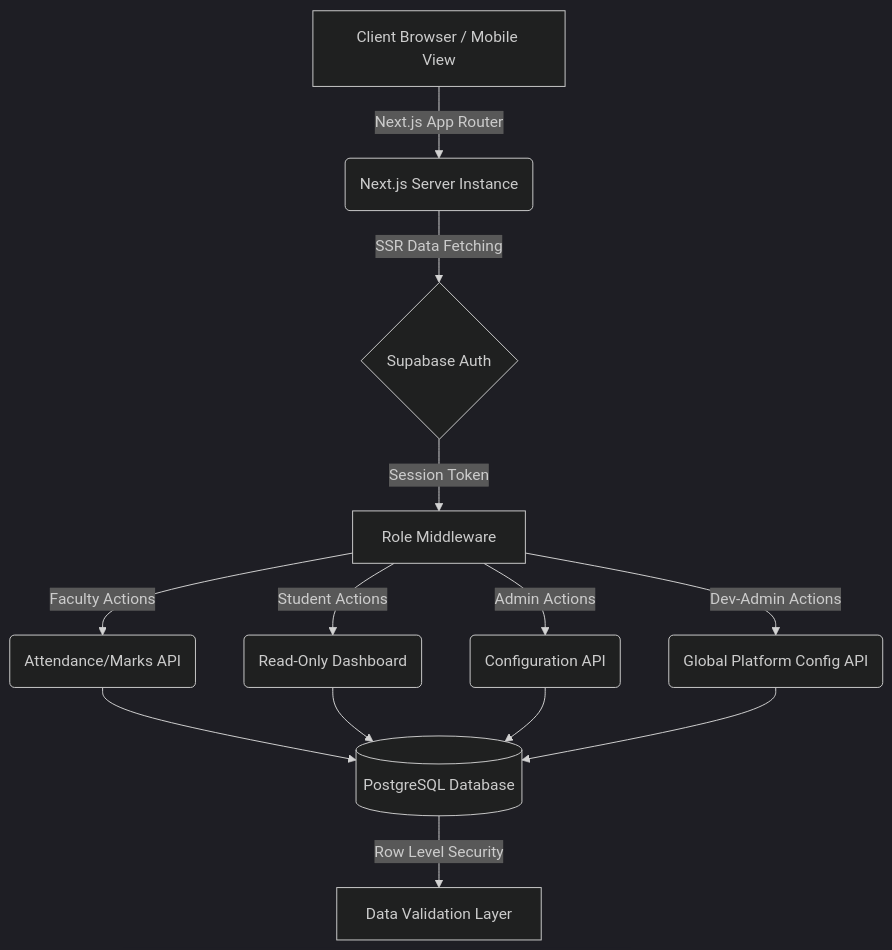
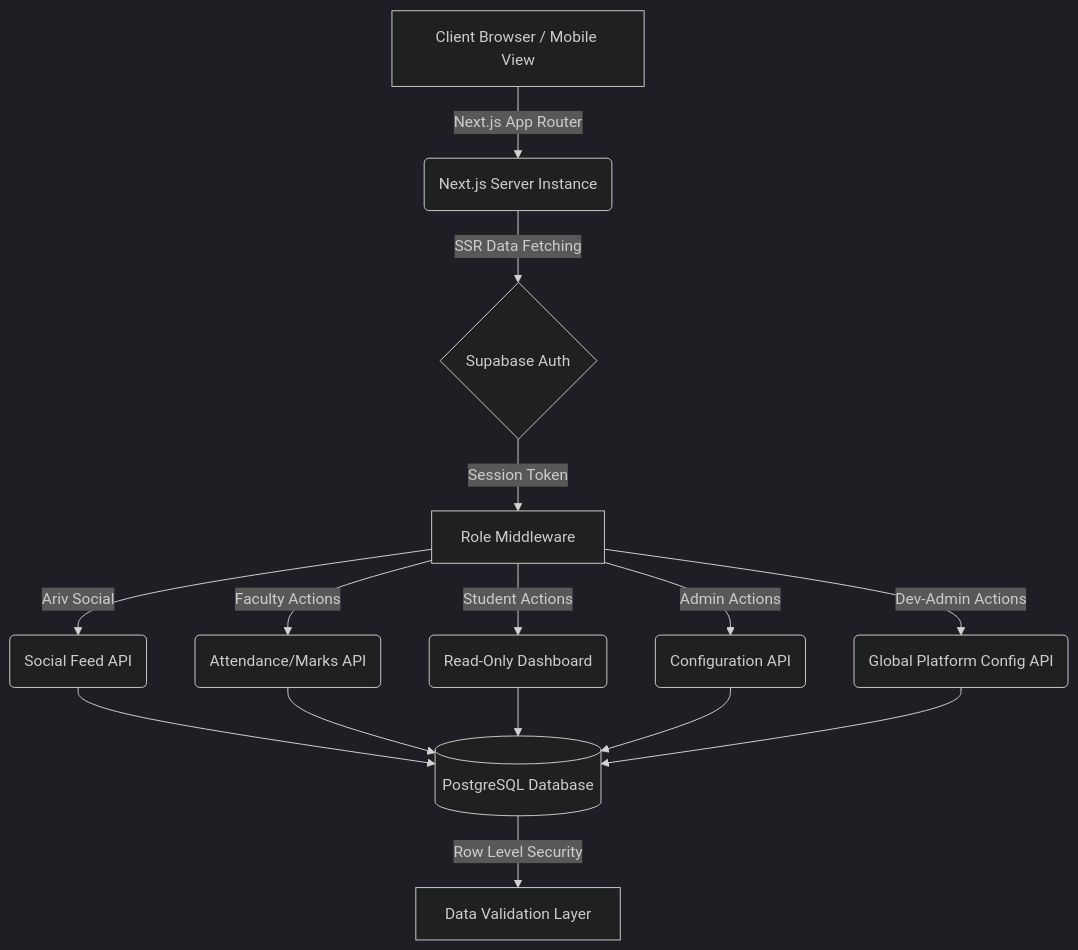
The first of 3 diagrams in public/Documentation/4_Project_Record.md (NavarMP/Arivolam), drawn with Mermaid (dark theme) before and after one commit. The commit also changed other lines of this file and 14 other files, not shown here.

````diff
--- a/public/Documentation/4_Project_Record.md
+++ b/public/Documentation/4_Project_Record.md
@@ -162,15 +162,17 @@
 ```mermaid
 graph TD
     A[Client Browser / Mobile View] -->|Next.js App Router| B(Next.js Server Instance)
     B -->|SSR Data Fetching| C{Supabase Auth}
     C -->|Session Token| D[Role Middleware]
+    D -->|Ariv Social| K(Social Feed API)
     D -->|Faculty Actions| E(Attendance/Marks API)
     D -->|Student Actions| F(Read-Only Dashboard)
     D -->|Admin Actions| G(Configuration API)
     D -->|Dev-Admin Actions| J(Global Platform Config API)
-    E --> H[(PostgreSQL Database)]
+    K --> H[(PostgreSQL Database)]
+    E --> H
     F --> H
     G --> H
     J --> H
     H -->|Row Level Security| I[Data Validation Layer]
 ```
````
